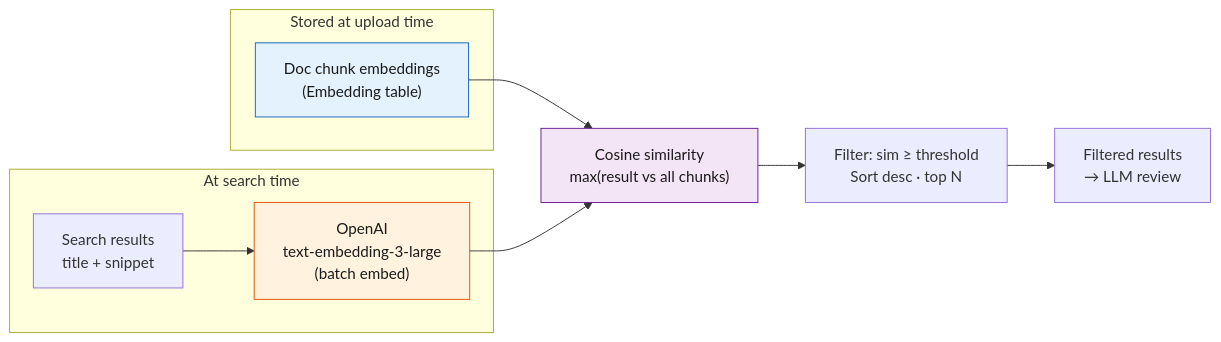
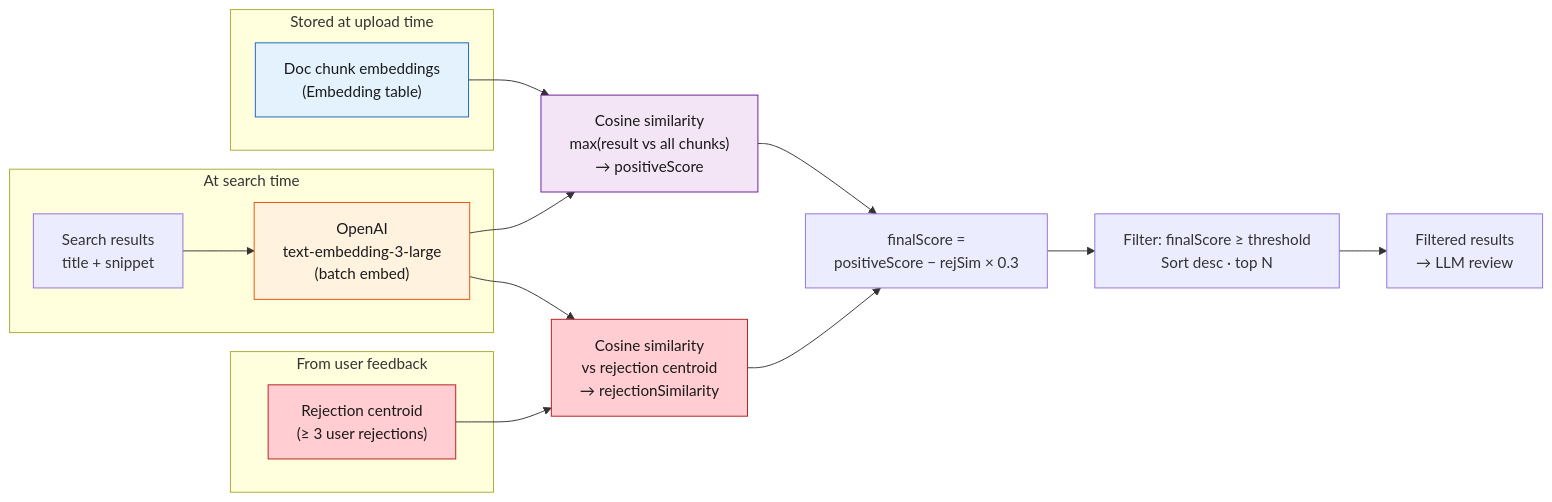
Before and after one commit to hubenschmidt/pina-colada: the seventh of 11 diagrams in README.md, drawn with Mermaid. The commit also changed other lines of this file and 6 other files, not shown here.

Commit message:
embed user feedback on proposal loop

````diff
--- a/README.md
+++ b/README.md
@@ -299,20 +310,31 @@
 ```mermaid
 flowchart LR
     subgraph STORED["Stored at upload time"]
         DC["Doc chunk embeddings<br/>(Embedding table)"]
     end
 
     subgraph RUNTIME["At search time"]
         SR["Search results<br/>title + snippet"] --> OAI["OpenAI<br/>text-embedding-3-large<br/>(batch embed)"]
     end
 
-    DC --> COS["Cosine similarity<br/>max(result vs all chunks)"]
+    subgraph REJECTION["From user feedback"]
+        RC["Rejection centroid<br/>(≥ 3 user rejections)"]
+    end
+
+    DC --> COS["Cosine similarity<br/>max(result vs all chunks)<br/>→ positiveScore"]
     OAI --> COS
+    OAI --> REJCOS["Cosine similarity<br/>vs rejection centroid<br/>→ rejectionSimilarity"]
+    RC --> REJCOS
 
-    COS --> FILTER["Filter: sim ≥ threshold<br/>Sort desc · top N"]
+    COS --> SCORE["finalScore =<br/>positiveScore − rejSim × 0.3"]
+    REJCOS --> SCORE
+
+    SCORE --> FILTER["Filter: finalScore ≥ threshold<br/>Sort desc · top N"]
     FILTER --> OUT["Filtered results<br/>→ LLM review"]
 
     style DC fill:#e3f2fd,stroke:#1565c0,color:#1a1a1a
     style OAI fill:#fff3e0,stroke:#e65100,color:#1a1a1a
     style COS fill:#f3e5f5,stroke:#6a1b9a,color:#1a1a1a
+    style RC fill:#ffcdd2,stroke:#b71c1c,color:#1a1a1a
+    style REJCOS fill:#ffcdd2,stroke:#b71c1c,color:#1a1a1a
 ```
````
